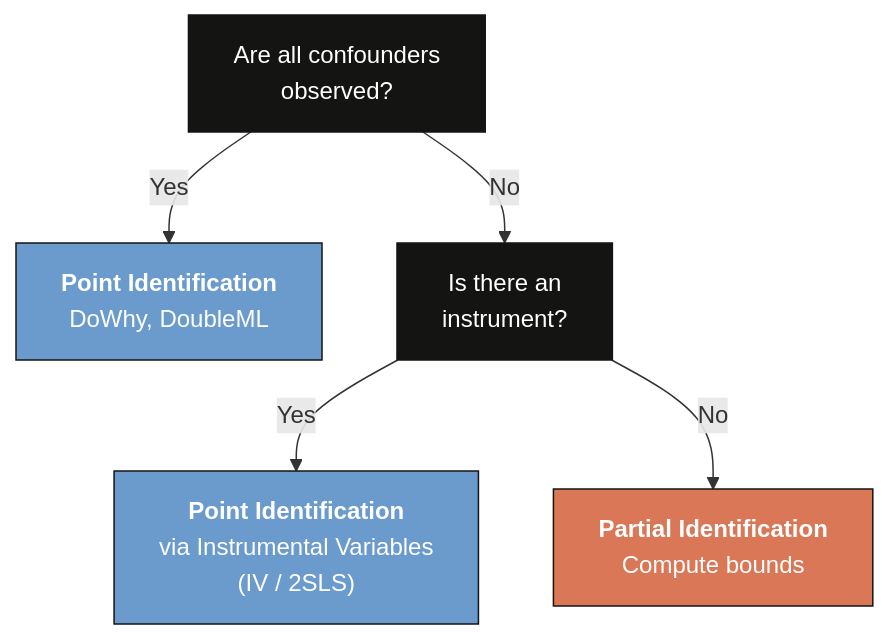
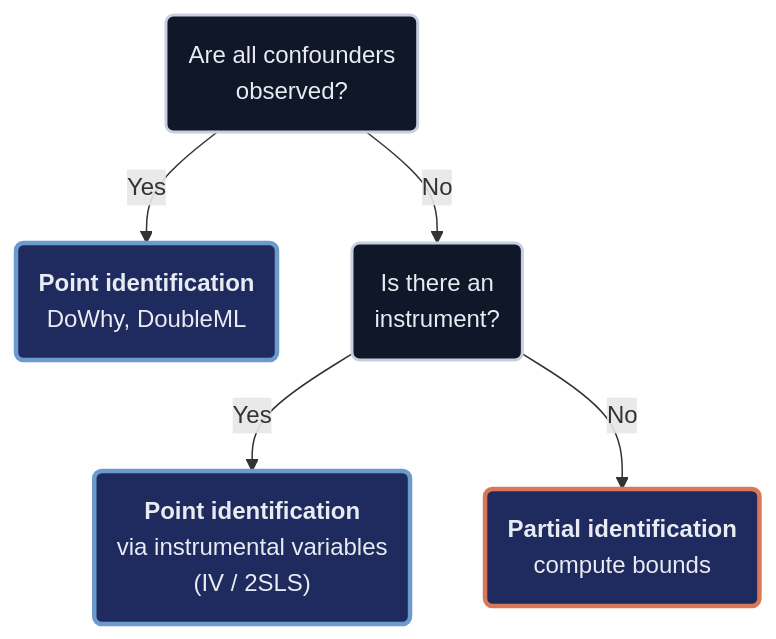
One commit to cmg777/starter-academic-v501 changed the second of 2 diagrams in content/post/python_partial_identification/references/tutorial.qmd. Above: the diagram before and after it, drawn with Mermaid. The commit also changed other lines of this file and 42 other files, not shown here.

First line of the commit message:
content(mermaid): restyle Mermaid copies in tutorial sources and the LaLonde slide deck

````diff
--- a/content/post/python_partial_identification/references/tutorial.qmd
+++ b/content/post/python_partial_identification/references/tutorial.qmd
@@ -580,13 +585,13 @@
 ```{mermaid}
 graph TD
-    Q["Are all confounders<br/>observed?"] -->|"Yes"| PI["<b>Point Identification</b><br/>DoWhy, DoubleML"]
-    Q -->|"No"| IV["Is there an<br/>instrument?"]
-    IV -->|"Yes"| IVPI["<b>Point Identification</b><br/>via Instrumental Variables<br/>(IV / 2SLS)"]
-    IV -->|"No"| PART["<b>Partial Identification</b><br/>Compute bounds"]
-
-    style Q fill:#141413,stroke:#141413,color:#fff
-    style PI fill:#6a9bcc,stroke:#141413,color:#fff
-    style IV fill:#141413,stroke:#141413,color:#fff
-    style IVPI fill:#6a9bcc,stroke:#141413,color:#fff
-    style PART fill:#d97757,stroke:#141413,color:#fff
+    Q("Are all confounders<br/>observed?") -->|"Yes"| PI("<b>Point identification</b><br/>DoWhy, DoubleML")
+    Q -->|"No"| IV("Is there an<br/>instrument?")
+    IV -->|"Yes"| IVPI("<b>Point identification</b><br/>via instrumental variables<br/>(IV / 2SLS)")
+    IV -->|"No"| PART("<b>Partial identification</b><br/>compute bounds")
+    classDef anchor fill:#0f1729,stroke:#c8d0e0,stroke-width:2px,color:#e8ecf2
+    classDef blue fill:#1f2b5e,stroke:#6a9bcc,stroke-width:3px,color:#e8ecf2
+    classDef orange fill:#1f2b5e,stroke:#d97757,stroke-width:3px,color:#e8ecf2
+    class Q,IV anchor
+    class PI,IVPI blue
+    class PART orange
 ```
````
